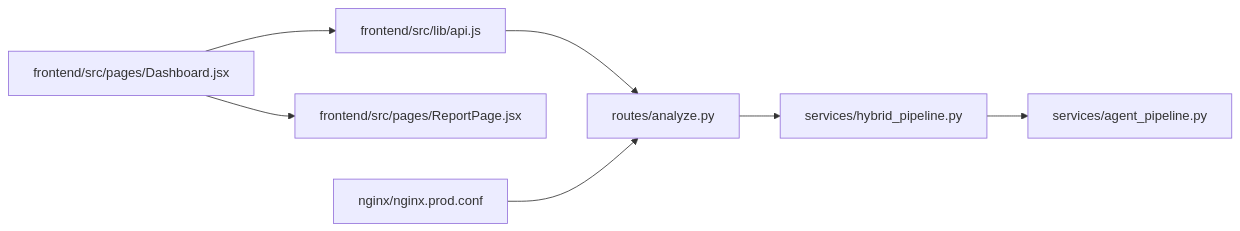
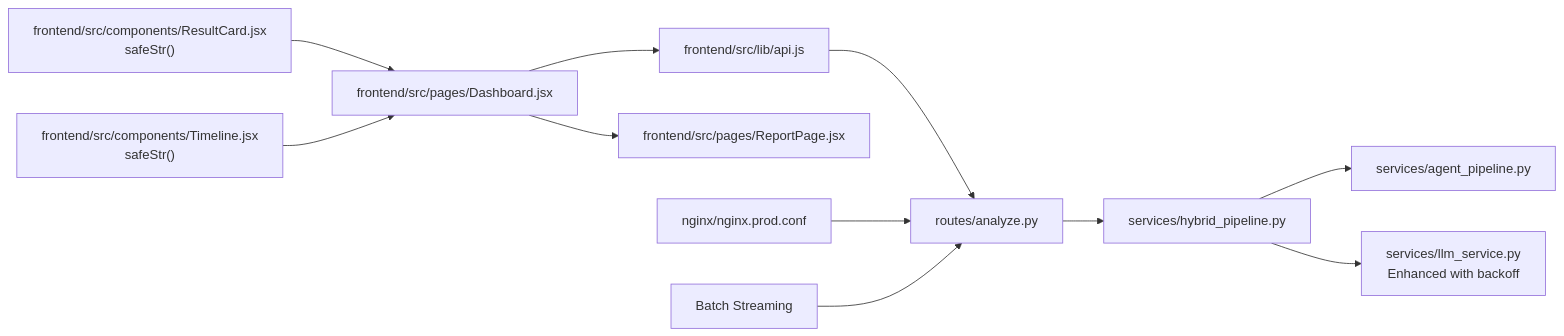
Before and after one commit to Revanththetalogics/aireume: the seventh of 7 diagrams in .qoder/repowiki/en/content/Real-time Processing.md, drawn with Mermaid. The commit also changed other lines of this file and 61 other files, not shown here.

````diff
--- a/.qoder/repowiki/en/content/Real-time Processing.md
+++ b/.qoder/repowiki/en/content/Real-time Processing.md
@@ -244,9 +435,13 @@
 ```mermaid
 graph LR
 Route["routes/analyze.py"] --> Gen["services/hybrid_pipeline.py"]
 Gen --> Services["services/agent_pipeline.py"]
+Gen --> LLM["services/llm_service.py<br/>Enhanced with backoff"]
 API["frontend/src/lib/api.js"] --> Route
 UI["frontend/src/pages/Dashboard.jsx"] --> API
 UI --> Report["frontend/src/pages/ReportPage.jsx"]
+Safe["frontend/src/components/ResultCard.jsx<br/>safeStr()"] --> UI
+Safe2["frontend/src/components/Timeline.jsx<br/>safeStr()"] --> UI
 Nginx["nginx/nginx.prod.conf"] --> Route
+Batch["Batch Streaming"] --> Route
 ```
````
